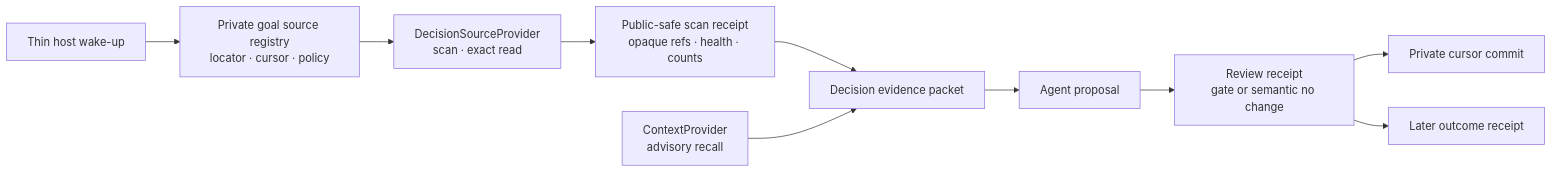
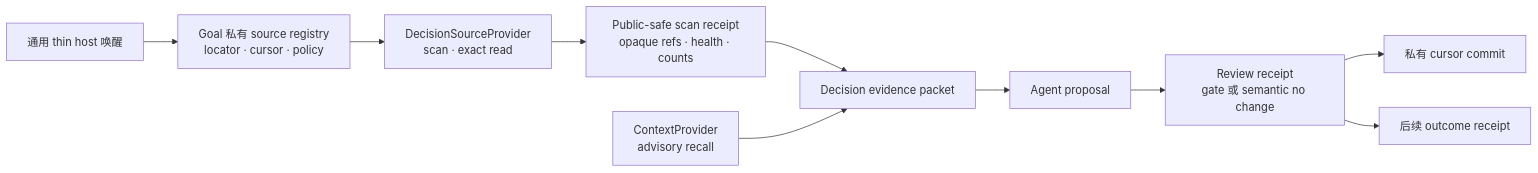
One commit to yanfeng98/nano-loopx changed the second of 2 diagrams in docs/reference/protocols/decision-context-architecture-v0.md. Above: the diagram before and after it, drawn with Mermaid. The commit also changed other lines of this file and 786 other files, not shown here.

````diff
--- a/docs/reference/protocols/decision-context-architecture-v0.md
+++ b/docs/reference/protocols/decision-context-architecture-v0.md
@@ -130,23 +151,23 @@
 ```mermaid
 flowchart LR
-    THIN["Thin host wake-up"]
-    REG["Private goal source registry<br/>locator · cursor · policy"]
+    THIN["通用 thin host 唤醒"]
+    REG["Goal 私有 source registry<br/>locator · cursor · policy"]
     SOURCE["DecisionSourceProvider<br/>scan · exact read"]
     RECEIPT["Public-safe scan receipt<br/>opaque refs · health · counts"]
     RECALL["ContextProvider<br/>advisory recall"]
     EVIDENCE["Decision evidence packet"]
     AGENT["Agent proposal"]
-    REVIEW["Review receipt<br/>gate or semantic no change"]
-    CURSOR["Private cursor commit"]
-    OUTCOME["Later outcome receipt"]
+    REVIEW["Review receipt<br/>gate 或 semantic no change"]
+    CURSOR["私有 cursor commit"]
+    OUTCOME["后续 outcome receipt"]
 
     THIN --> REG
     REG --> SOURCE
     SOURCE --> RECEIPT
     RECEIPT --> EVIDENCE
     RECALL --> EVIDENCE
     EVIDENCE --> AGENT
     AGENT --> REVIEW
     REVIEW --> CURSOR
     REVIEW --> OUTCOME
 ```
````
